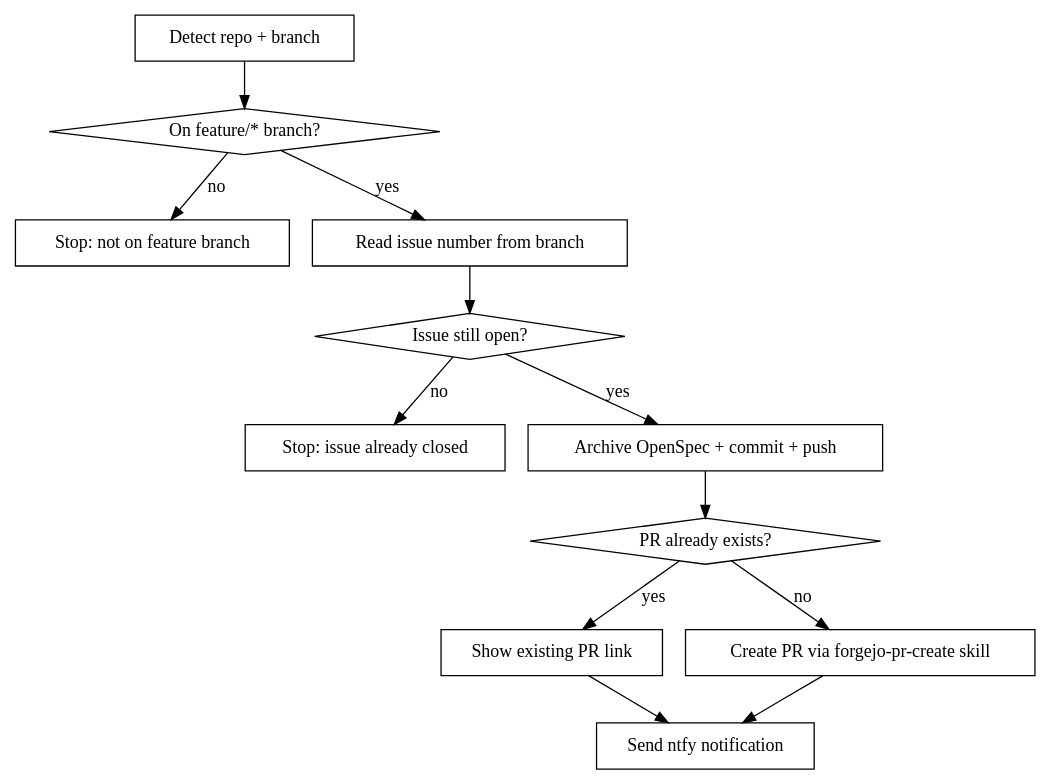
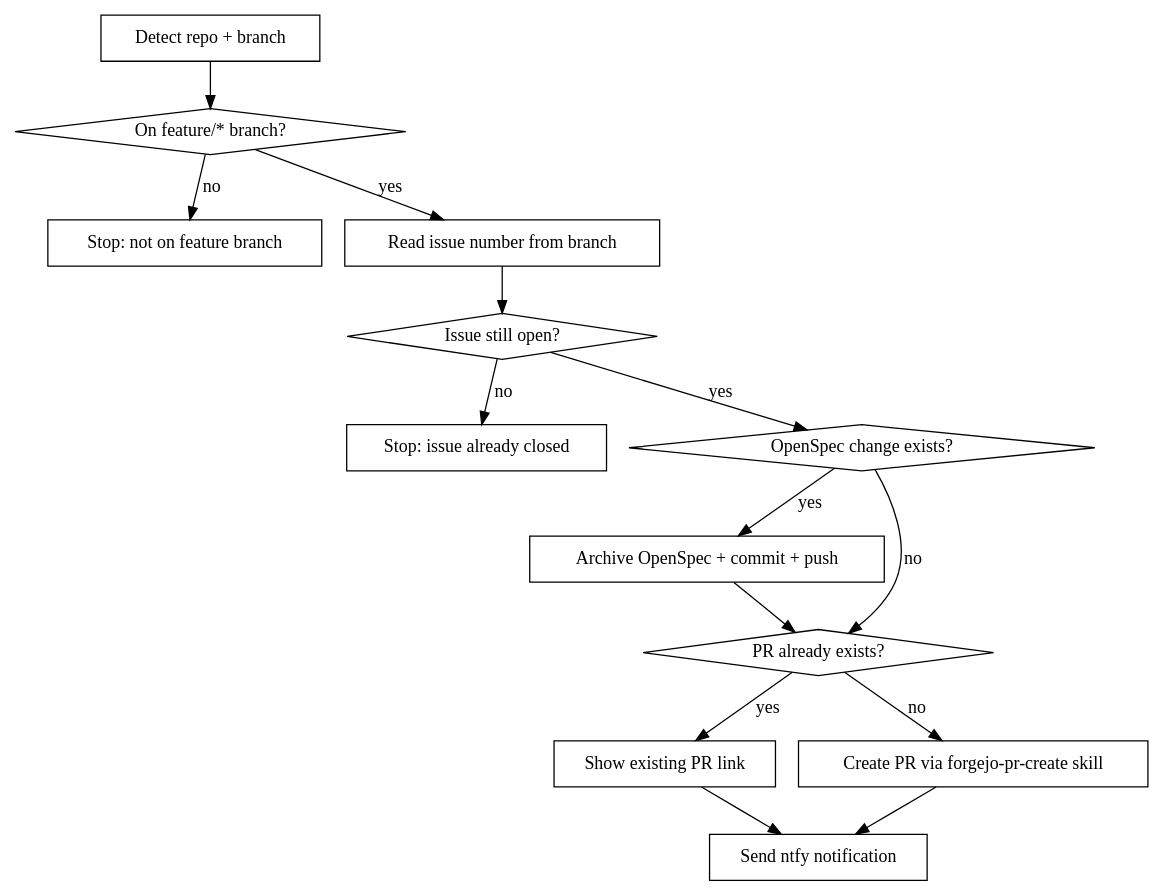
Before and after one commit to janbaer/dotfiles: the diagram in .claude/skills/jb-forgejo-issue-finish/SKILL.md, drawn with Graphviz. The commit also changed other lines of this file and 1 other file, not shown here.

First line of the commit message:
claude 🔧: Skipping OpenSpec in Forgejo issues where it only adds overhead

````diff
--- a/.claude/skills/jb-forgejo-issue-finish/SKILL.md
+++ b/.claude/skills/jb-forgejo-issue-finish/SKILL.md
@@ -17,27 +17,30 @@
 ```dot
 digraph finish_workflow {
     "Detect repo + branch" [shape=box];
     "On feature/* branch?" [shape=diamond];
     "Stop: not on feature branch" [shape=box];
     "Read issue number from branch" [shape=box];
     "Issue still open?" [shape=diamond];
     "Stop: issue already closed" [shape=box];
+    "OpenSpec change exists?" [shape=diamond];
     "Archive OpenSpec + commit + push" [shape=box];
     "PR already exists?" [shape=diamond];
     "Show existing PR link" [shape=box];
     "Create PR via forgejo-pr-create skill" [shape=box];
     "Send ntfy notification" [shape=box];
 
     "Detect repo + branch" -> "On feature/* branch?";
     "On feature/* branch?" -> "Read issue number from branch" [label="yes"];
     "On feature/* branch?" -> "Stop: not on feature branch" [label="no"];
     "Read issue number from branch" -> "Issue still open?";
-    "Issue still open?" -> "Archive OpenSpec + commit + push" [label="yes"];
+    "Issue still open?" -> "OpenSpec change exists?" [label="yes"];
     "Issue still open?" -> "Stop: issue already closed" [label="no"];
+    "OpenSpec change exists?" -> "Archive OpenSpec + commit + push" [label="yes"];
+    "OpenSpec change exists?" -> "PR already exists?" [label="no"];
     "Archive OpenSpec + commit + push" -> "PR already exists?";
     "PR already exists?" -> "Show existing PR link" [label="yes"];
     "PR already exists?" -> "Create PR via forgejo-pr-create skill" [label="no"];
     "Show existing PR link" -> "Send ntfy notification";
     "Create PR via forgejo-pr-create skill" -> "Send ntfy notification";
 }
 ```
````
